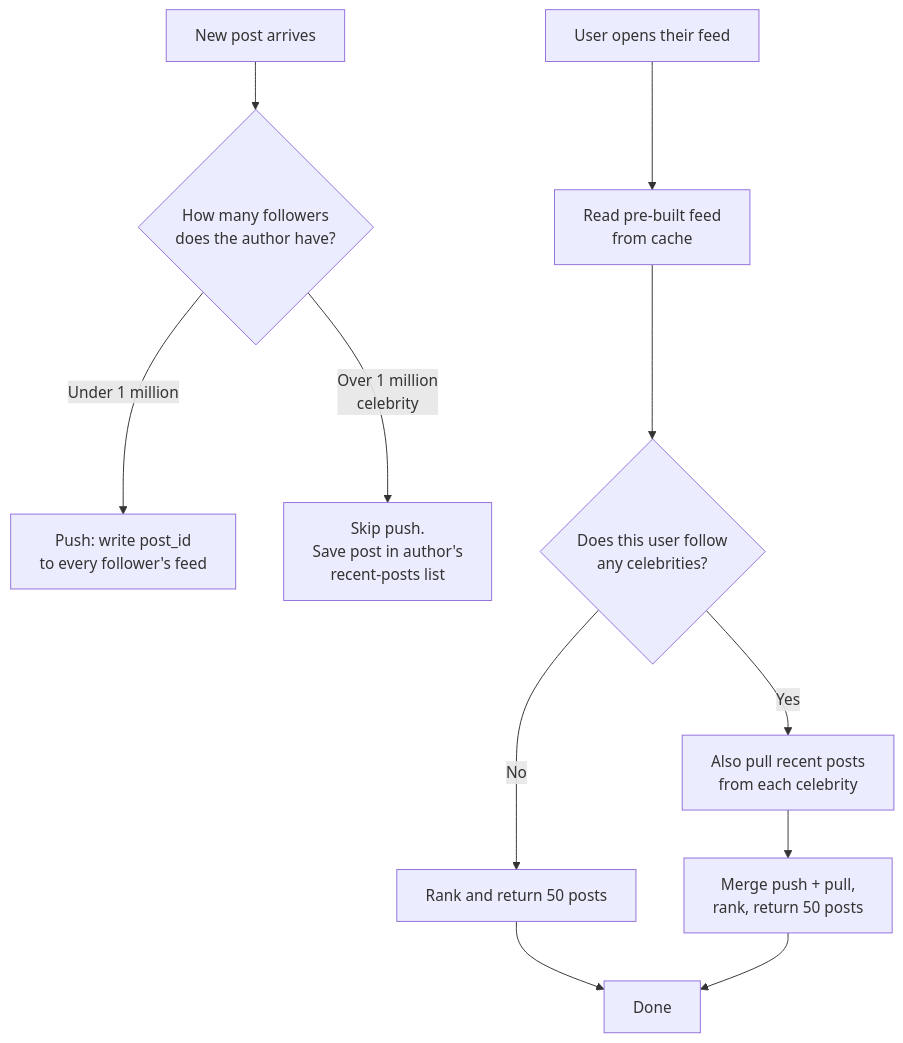
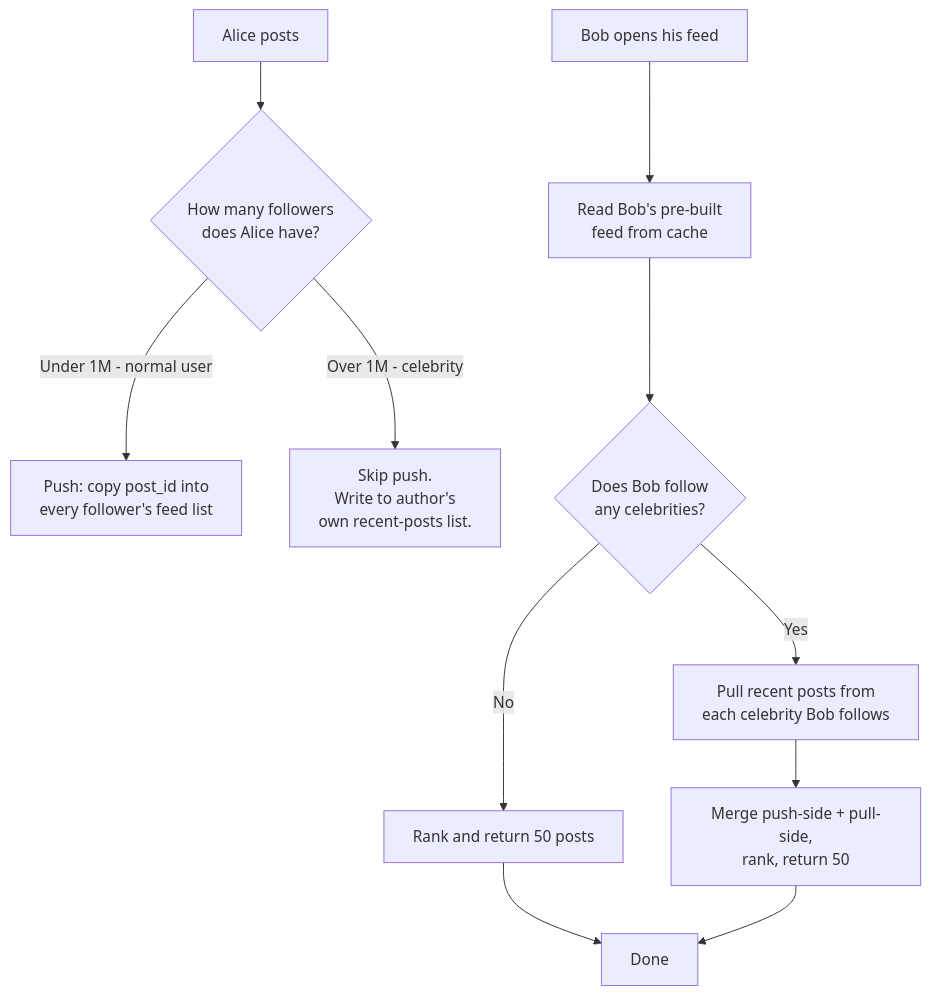
Before and after one commit to shiningflash/system-design: the second of 11 diagrams in problems/002-news-feed/question.md, drawn with Mermaid. The commit also changed other lines of this file and 38 other files, not shown here.

````diff
--- a/problems/002-news-feed/question.md
+++ b/problems/002-news-feed/question.md
@@ -109,14 +105,17 @@
 ```mermaid
 flowchart TD
-    A[New post arrives] --> B{How many followers<br/>does the author have?}
-    B -->|Under 1 million| C[Push: write post_id<br/>to every follower's feed]
-    B -->|Over 1 million<br/>celebrity| D[Skip push.<br/>Save post in author's<br/>recent-posts list]
+    A[Alice posts] --> B{How many followers<br/>does Alice have?}
+    B -->|Under 1M - normal user| C[Push: copy post_id into<br/>every follower's feed list]
+    B -->|Over 1M - celebrity| D[Skip push.<br/>Write to author's<br/>own recent-posts list.]
 
-    E[User opens their feed] --> F[Read pre-built feed<br/>from cache]
-    F --> G{Does this user follow<br/>any celebrities?}
+    E[Bob opens his feed] --> F[Read Bob's pre-built<br/>feed from cache]
+    F --> G{Does Bob follow<br/>any celebrities?}
     G -->|No| H[Rank and return 50 posts]
-    G -->|Yes| I[Also pull recent posts<br/>from each celebrity]
-    I --> J[Merge push + pull,<br/>rank, return 50 posts]
+    G -->|Yes| I[Pull recent posts from<br/>each celebrity Bob follows]
+    I --> J[Merge push-side + pull-side,<br/>rank, return 50]
     H --> K[Done]
     J --> K
+
+    classDef ok fill:#dcfce7,stroke:#15803d,color:#14532d
+    classDef bad fill:#fecaca,stroke:#b91c1c,color:#7f1d1d
 ```
````
